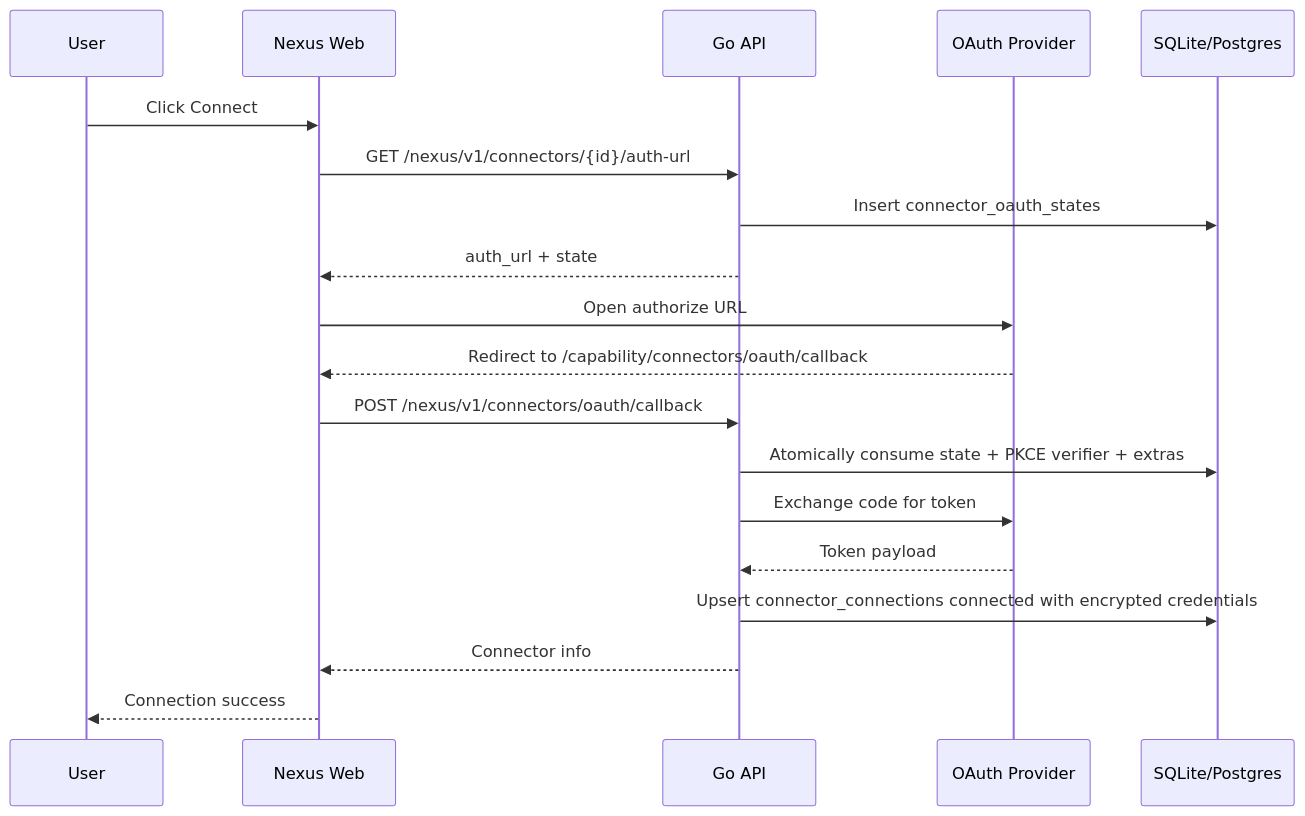
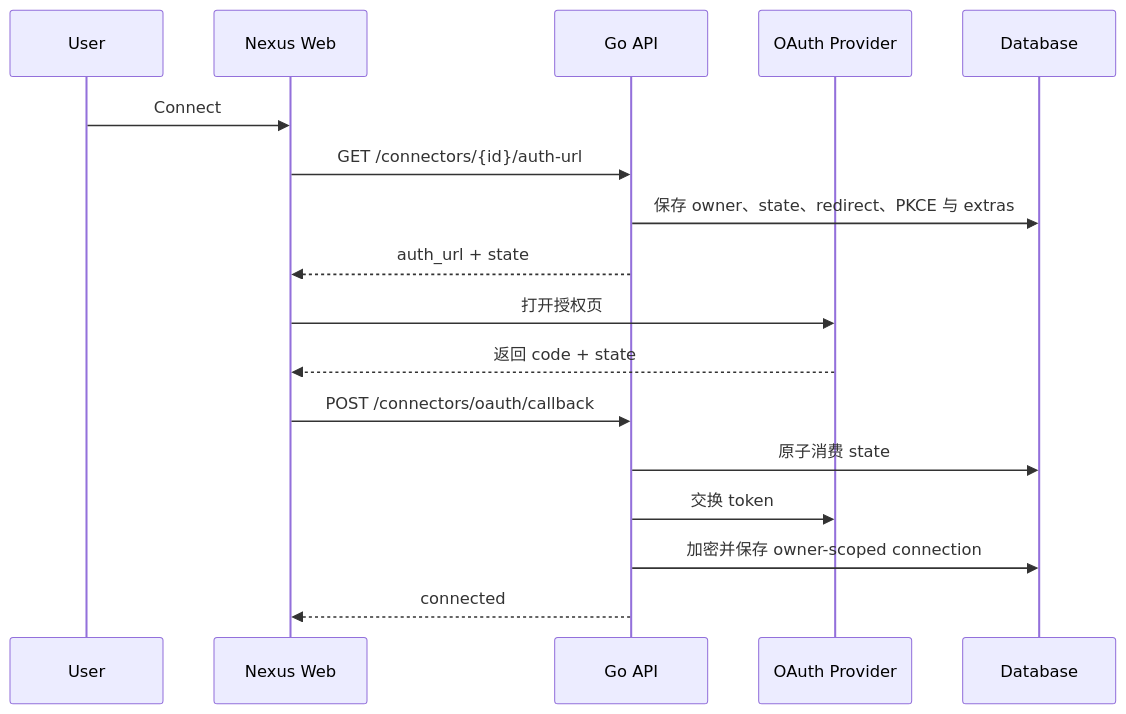
One commit to nexus-research-lab/nexus changed the diagram in docs/specs/connector-oauth-spec.md. Above: the diagram before and after it, drawn with Mermaid. The commit also changed other lines of this file and 19 other files, not shown here.

````diff
--- a/docs/specs/connector-oauth-spec.md
+++ b/docs/specs/connector-oauth-spec.md
@@ -7,22 +12,20 @@
 ```mermaid
 sequenceDiagram
     participant User as User
     participant Web as Nexus Web
     participant API as Go API
     participant Provider as OAuth Provider
-    participant DB as SQLite/Postgres
+    participant DB as Database
 
-    User->>Web: Click Connect
-    Web->>API: GET /nexus/v1/connectors/{id}/auth-url
-    API->>DB: Insert connector_oauth_states
+    User->>Web: Connect
+    Web->>API: GET /connectors/{id}/auth-url
+    API->>DB: 保存 owner、state、redirect、PKCE 与 extras
     API-->>Web: auth_url + state
-    Web->>Provider: Open authorize URL
-    Provider-->>Web: Redirect to /capability/connectors/oauth/callback
-    Web->>API: POST /nexus/v1/connectors/oauth/callback
-    API->>DB: Atomically consume state + PKCE verifier + extras
-    API->>Provider: Exchange code for token
-    Provider-->>API: Token payload
-    API->>DB: Upsert connector_connections connected with encrypted credentials
-    API-->>Web: Connector info
-    Web-->>User: Connection success
+    Web->>Provider: 打开授权页
+    Provider-->>Web: 返回 code + state
+    Web->>API: POST /connectors/oauth/callback
+    API->>DB: 原子消费 state
+    API->>Provider: 交换 token
+    API->>DB: 加密并保存 owner-scoped connection
+    API-->>Web: connected
 ```
````
